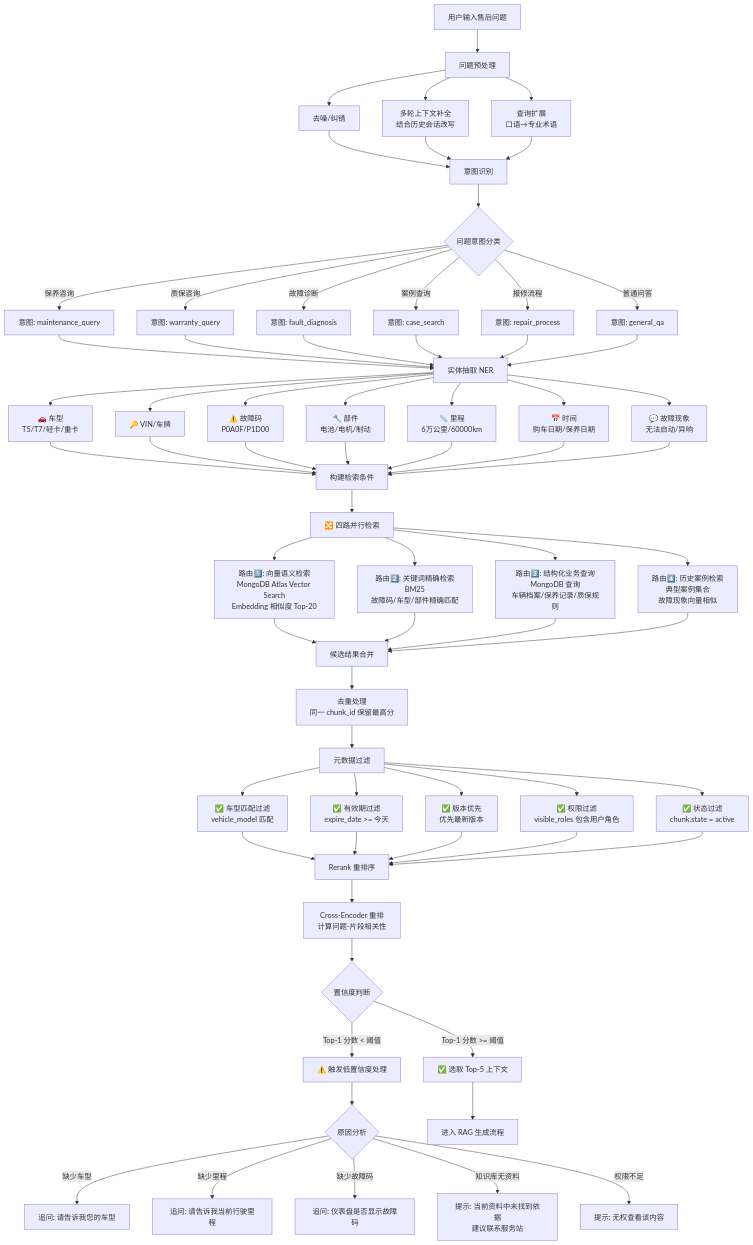
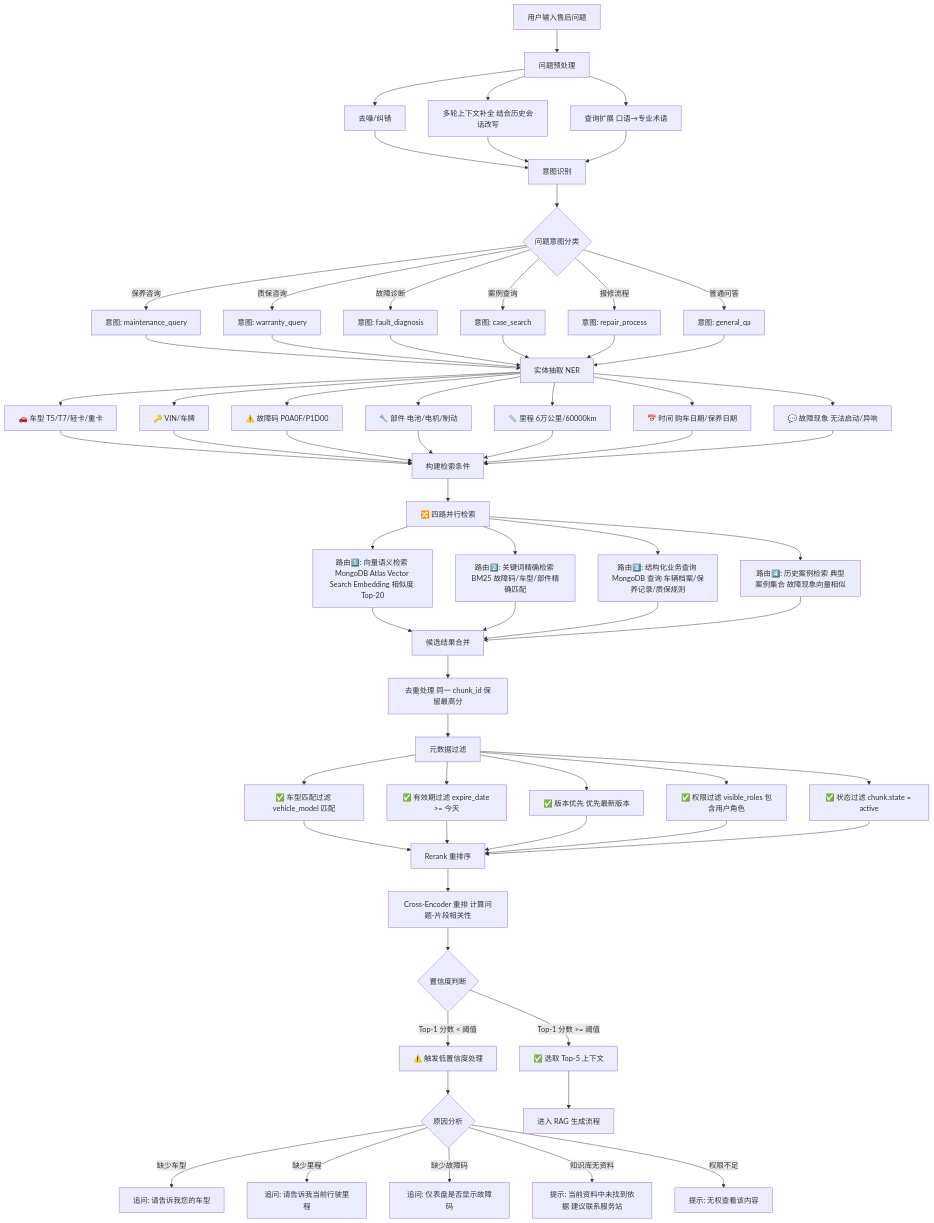
Before and after one commit to evanwusibin/auto-carcrm: the diagram in flows/02_RAG检索流程/01_多路混合检索流程.md, drawn with Mermaid. The commit also changed 13 other files, not shown here.

First line of the commit message:
feat: 五项优化 - 登录页轮播+排版/Mermaid修复/检索页流式开关/页面设计文档/DB更新v1.2

```diff
--- a/flows/02_RAG检索流程/01_多路混合检索流程.md
+++ b/flows/02_RAG检索流程/01_多路混合检索流程.md
@@ -13,8 +13,8 @@
     A[用户输入售后问题] --> B[问题预处理]
 
     B --> B1[去噪/纠错]
-    B --> B2[多轮上下文补全<br/>结合历史会话改写]
-    B --> B3[查询扩展<br/>口语→专业术语]
+    B --> B2[多轮上下文补全 结合历史会话改写]
+    B --> B3[查询扩展 口语→专业术语]
 
     B1 --> C[意图识别]
     B2 --> C
@@ -35,13 +35,13 @@
     CE --> D
     CF --> D
 
-    D --> D1[🚗 车型<br/>T5/T7/轻卡/重卡]
+    D --> D1[🚗 车型 T5/T7/轻卡/重卡]
     D --> D2[🔑 VIN/车牌]
-    D --> D3[⚠️ 故障码<br/>P0A0F/P1D00]
-    D --> D4[🔧 部件<br/>电池/电机/制动]
-    D --> D5[📏 里程<br/>6万公里/60000km]
-    D --> D6[📅 时间<br/>购车日期/保养日期]
-    D --> D7[💬 故障现象<br/>无法启动/异响]
+    D --> D3[⚠️ 故障码 P0A0F/P1D00]
+    D --> D4[🔧 部件 电池/电机/制动]
+    D --> D5[📏 里程 6万公里/60000km]
+    D --> D6[📅 时间 购车日期/保养日期]
+    D --> D7[💬 故障现象 无法启动/异响]
 
     D1 --> E[构建检索条件]
     D2 --> E
@@ -53,24 +53,24 @@
 
     E --> F[🔀 四路并行检索]
 
-    F --> F1[路由1️⃣: 向量语义检索<br/>MongoDB Atlas Vector Search<br/>Embedding 相似度 Top-20]
-    F --> F2[路由2️⃣: 关键词精确检索<br/>BM25<br/>故障码/车型/部件精确匹配]
-    F --> F3[路由3️⃣: 结构化业务查询<br/>MongoDB 查询<br/>车辆档案/保养记录/质保规则]
-    F --> F4[路由4️⃣: 历史案例检索<br/>典型案例集合<br/>故障现象向量相似]
+    F --> F1[路由1️⃣: 向量语义检索 MongoDB Atlas Vector Search Embedding 相似度 Top-20]
+    F --> F2[路由2️⃣: 关键词精确检索 BM25 故障码/车型/部件精确匹配]
+    F --> F3[路由3️⃣: 结构化业务查询 MongoDB 查询 车辆档案/保养记录/质保规则]
+    F --> F4[路由4️⃣: 历史案例检索 典型案例集合 故障现象向量相似]
 
     F1 --> G[候选结果合并]
     F2 --> G
     F3 --> G
     F4 --> G
 
-    G --> H[去重处理<br/>同一 chunk_id 保留最高分]
+    G --> H[去重处理 同一 chunk_id 保留最高分]
 
     H --> I[元数据过滤]
-    I --> I1[✅ 车型匹配过滤<br/>vehicle_model 匹配]
-    I --> I2[✅ 有效期过滤<br/>expire_date >= 今天]
-    I --> I3[✅ 版本优先<br/>优先最新版本]
-    I --> I4[✅ 权限过滤<br/>visible_roles 包含用户角色]
-    I --> I5[✅ 状态过滤<br/>chunk.state = active]
+    I --> I1[✅ 车型匹配过滤 vehicle_model 匹配]
+    I --> I2[✅ 有效期过滤 expire_date >= 今天]
+    I --> I3[✅ 版本优先 优先最新版本]
+    I --> I4[✅ 权限过滤 visible_roles 包含用户角色]
+    I --> I5[✅ 状态过滤 chunk.state = active]
 
     I1 --> J[Rerank 重排序]
     I2 --> J
@@ -78,7 +78,7 @@
     I4 --> J
     I5 --> J
 
-    J --> K[Cross-Encoder 重排<br/>计算问题-片段相关性]
+    J --> K[Cross-Encoder 重排 计算问题-片段相关性]
 
     K --> L{置信度判断}
     L -- Top-1 分数 >= 阈值 --> M[✅ 选取 Top-5 上下文]
@@ -88,7 +88,7 @@
     N1 -- 缺少车型 --> NA[追问: 请告诉我您的车型]
     N1 -- 缺少里程 --> NB[追问: 请告诉我当前行驶里程]
     N1 -- 缺少故障码 --> NC[追问: 仪表盘是否显示故障码]
-    N1 -- 知识库无资料 --> ND[提示: 当前资料中未找到依据<br/>建议联系服务站]
+    N1 -- 知识库无资料 --> ND[提示: 当前资料中未找到依据 建议联系服务站]
     N1 -- 权限不足 --> NE[提示: 无权查看该内容]
 
     M --> O[进入 RAG 生成流程]
```
